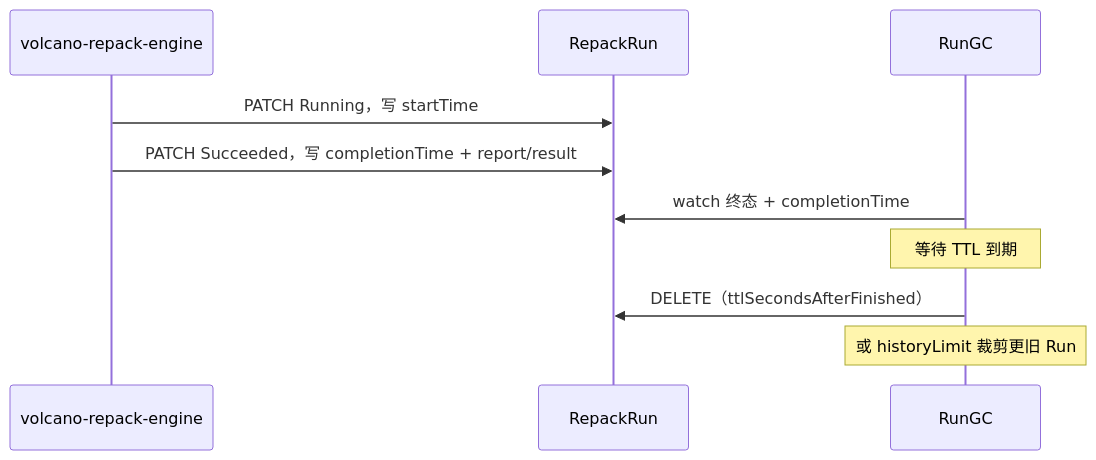
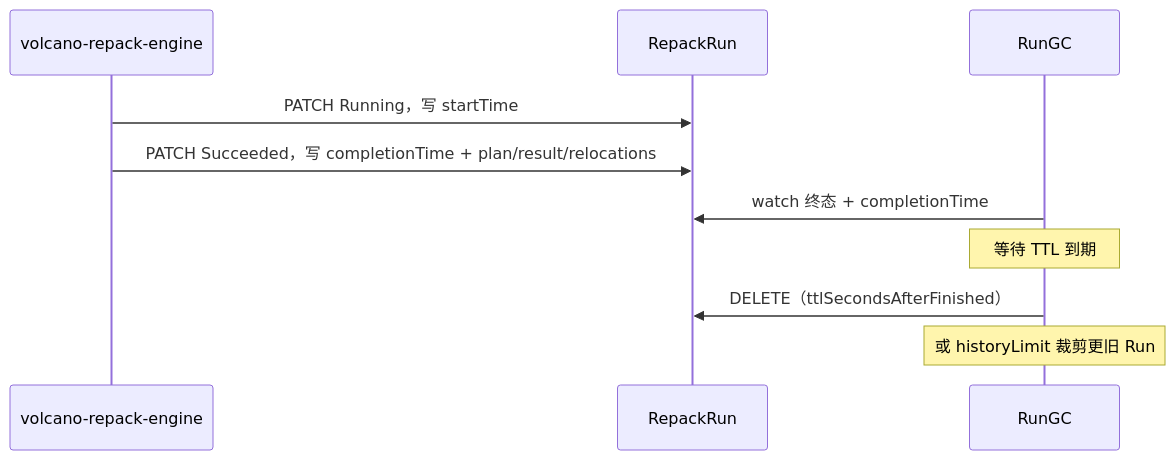
One commit to wangyang0616/volcano changed the second of 21 diagrams in docs/design/repack-policy-design.md. Above: the diagram before and after it, drawn with Mermaid. The commit also changed other lines of this file and 1 other file, not shown here.

````diff
--- a/docs/design/repack-policy-design.md
+++ b/docs/design/repack-policy-design.md
@@ -411,13 +435,13 @@
 ```mermaid
 sequenceDiagram
     participant V as volcano-repack-engine
     participant R as RepackRun
     participant G as RunGC
 
     V->>R: PATCH Running，写 startTime
-    V->>R: PATCH Succeeded，写 completionTime + report/result
+    V->>R: PATCH Succeeded，写 completionTime + plan/result/relocations
     G->>R: watch 终态 + completionTime
     Note over G: 等待 TTL 到期
     G->>R: DELETE（ttlSecondsAfterFinished）
     Note over G: 或 historyLimit 裁剪更旧 Run
 ```
````
